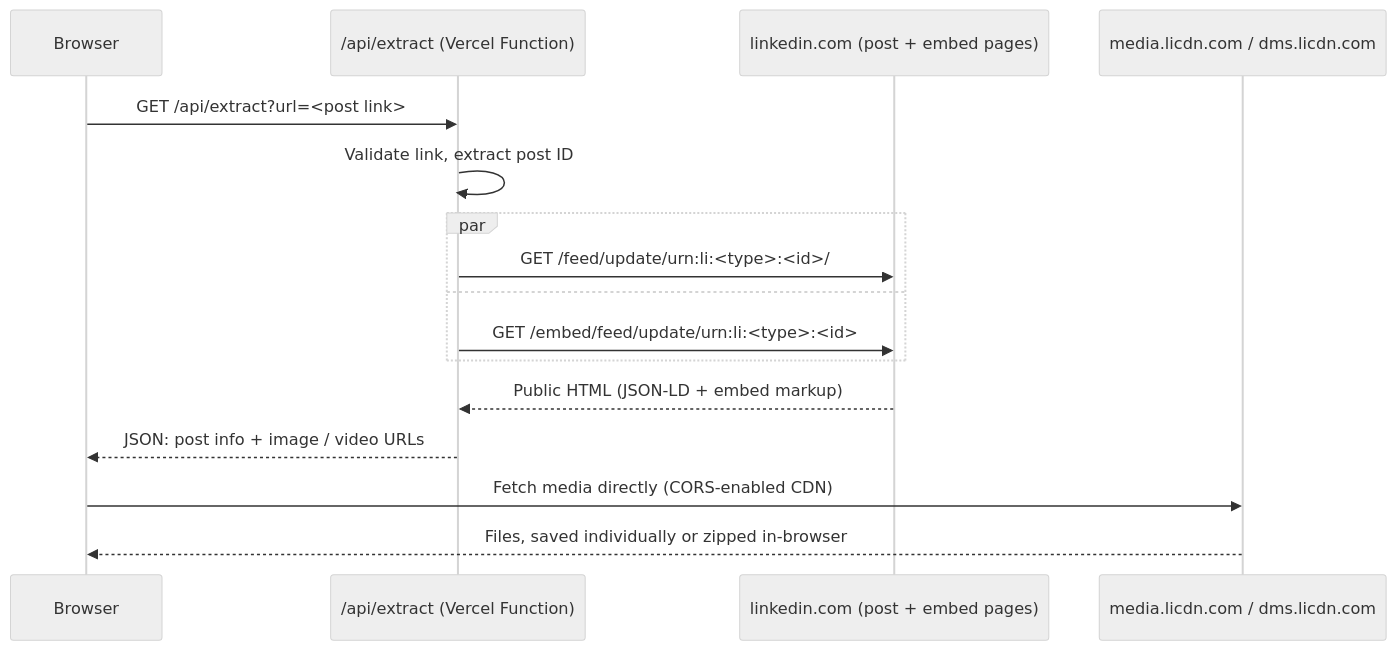
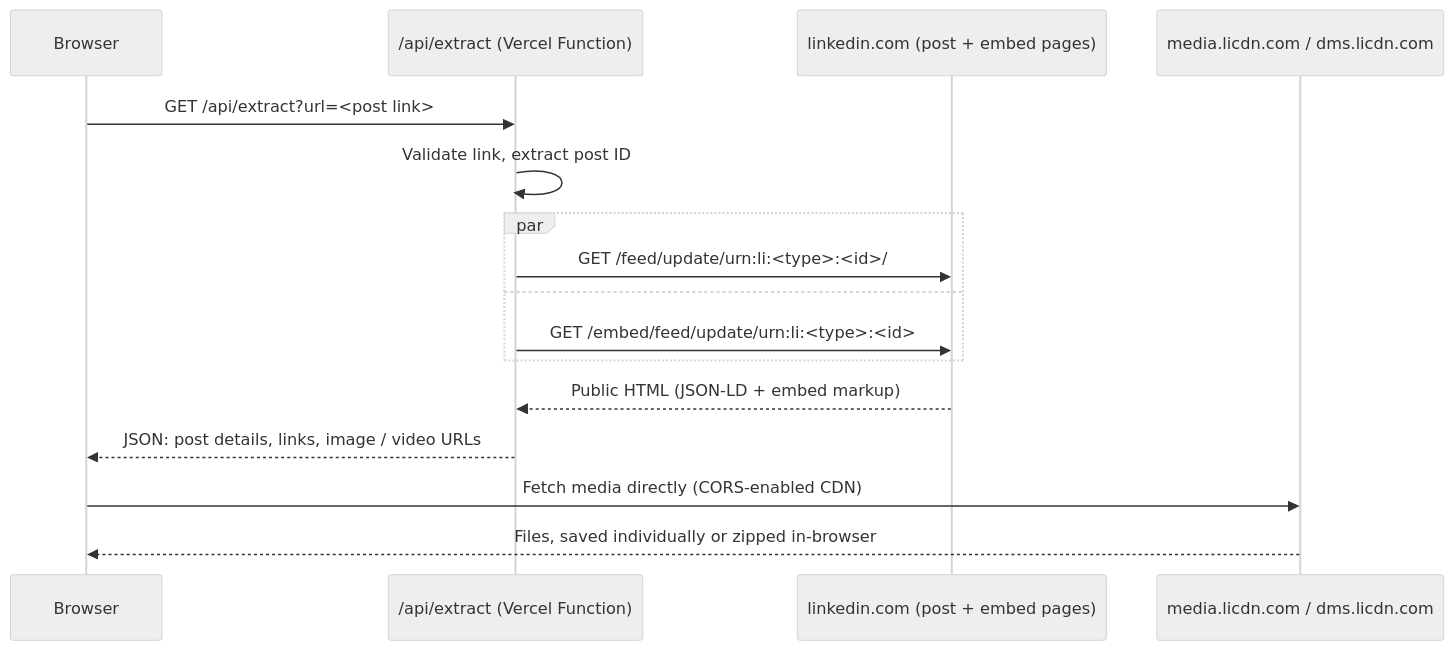
The diagram in README.md (Babug01/linkedin-media-downloader), drawn with Mermaid (neutral theme) before and after one commit. The commit also changed other lines of this file and 6 other files, not shown here.

First line of the commit message:
feat: show post details, expandable text, and post links

````diff
--- a/README.md
+++ b/README.md
@@ -23,18 +25,18 @@
 ```mermaid
 sequenceDiagram
     participant B as Browser
     participant F as /api/extract (Vercel Function)
     participant L as linkedin.com (post + embed pages)
     participant C as media.licdn.com / dms.licdn.com
     B->>F: GET /api/extract?url=<post link>
     F->>F: Validate link, extract post ID
     par
         F->>L: GET /feed/update/urn:li:<type>:<id>/
     and
         F->>L: GET /embed/feed/update/urn:li:<type>:<id>
     end
     L-->>F: Public HTML (JSON-LD + embed markup)
-    F-->>B: JSON: post info + image / video URLs
+    F-->>B: JSON: post details, links, image / video URLs
     B->>C: Fetch media directly (CORS-enabled CDN)
     C-->>B: Files, saved individually or zipped in-browser
 ```
````
